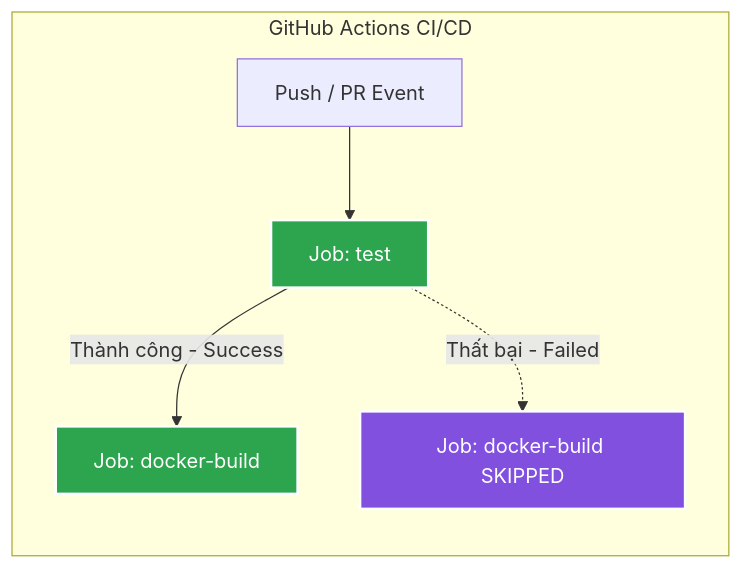
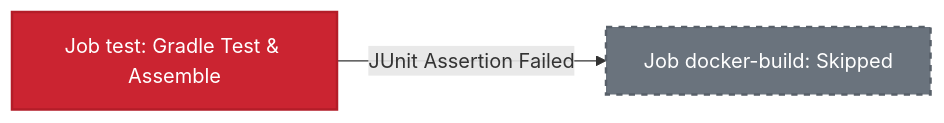
One commit to hi-ka-ri/PTIT_CNTT04_IT209_Session11_Exercise05 changed the second of 2 diagrams in README.md. Above: the diagram before and after it, drawn with Mermaid. The commit also changed other lines of this file and 18 other files, not shown here.

````diff
--- a/README.md
+++ b/README.md
@@ -13,12 +172,6 @@
 ```mermaid
 graph LR
-    subgraph GitHub Actions CI/CD
-        A[Push / PR Event] --> B[Job: test]
-        B -->|Thành công - Success| C[Job: docker-build]
-        B -.->|Thất bại - Failed| D[Job: docker-build SKIPPED]
-    end
-    
-    style B fill:#2da44e,stroke:#fff,stroke-width:2px,color:#fff
-    style C fill:#2da44e,stroke:#fff,stroke-width:2px,color:#fff
-    style D fill:#8250df,stroke:#fff,stroke-width:2px,color:#fff
+    A["Job test: Gradle Test & Assemble"] -->|JUnit Assertion Failed| B["Job docker-build: Skipped"]
+    style A fill:#cb2431,stroke:#b31d28,stroke-width:2px,color:#ffffff
+    style B fill:#6a737d,stroke:#586069,stroke-width:2px,stroke-dasharray: 5 5,color:#ffffff
 ```
````
